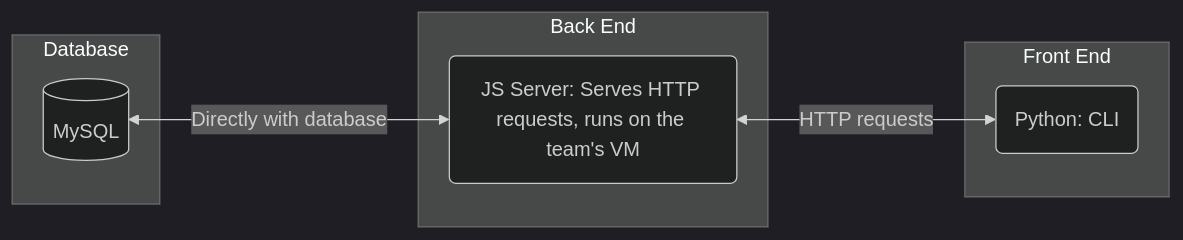
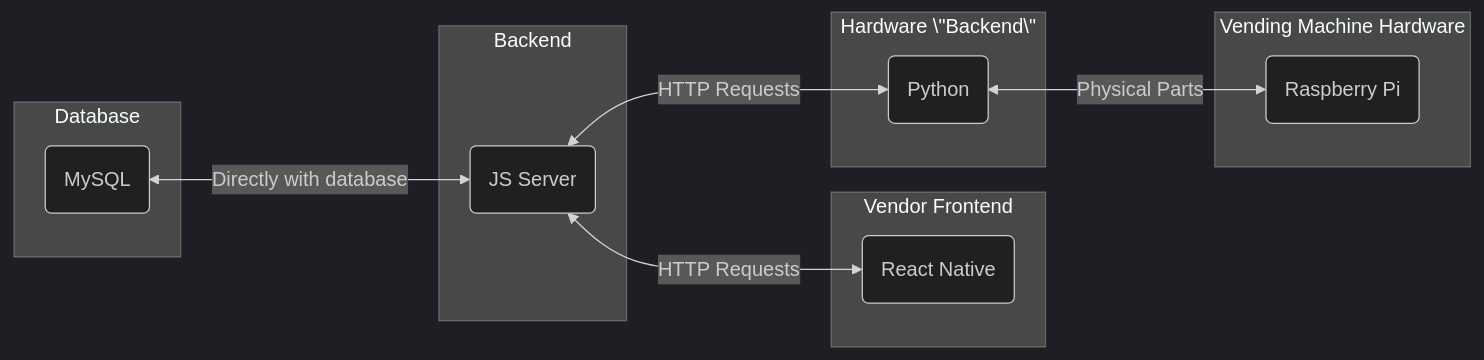
The first of 3 diagrams in README.md (MrPotato53/Vending-Machine), drawn with Mermaid (dark theme) before and after one commit. The commit also changed other lines of this file and 1 other file, not shown here.

Commit message:
Updated README and architecture doc. still need to update the database ERD

````diff
--- a/README.md
+++ b/README.md
@@ -30,17 +38,27 @@
 ```mermaid
 flowchart RL
-subgraph Front End
-    A(Python: CLI)
+subgraph Vending Machine Hardware
+    A(Raspberry Pi)
+end
+
+subgraph Hardware \"Backend\"
+    B(Python)
 end
 	
-subgraph Back End
-    B(JS Server: Serves HTTP requests, runs on the team's VM)
+subgraph Backend
+    C(JS Server)
 end
 	
 subgraph Database
-    C[(MySQL)]
+    D(MySQL)
 end
 
-A <-->|HTTP requests| B
-B <-->|Directly with database| C
+subgraph Vendor Frontend
+    E(React Native)
+end
+
+A <-->|Physical Parts| B
+B <-->|HTTP Requests| C
+C <-->|Directly with database| D
+E <-->|HTTP Requests| C
 ```
````
